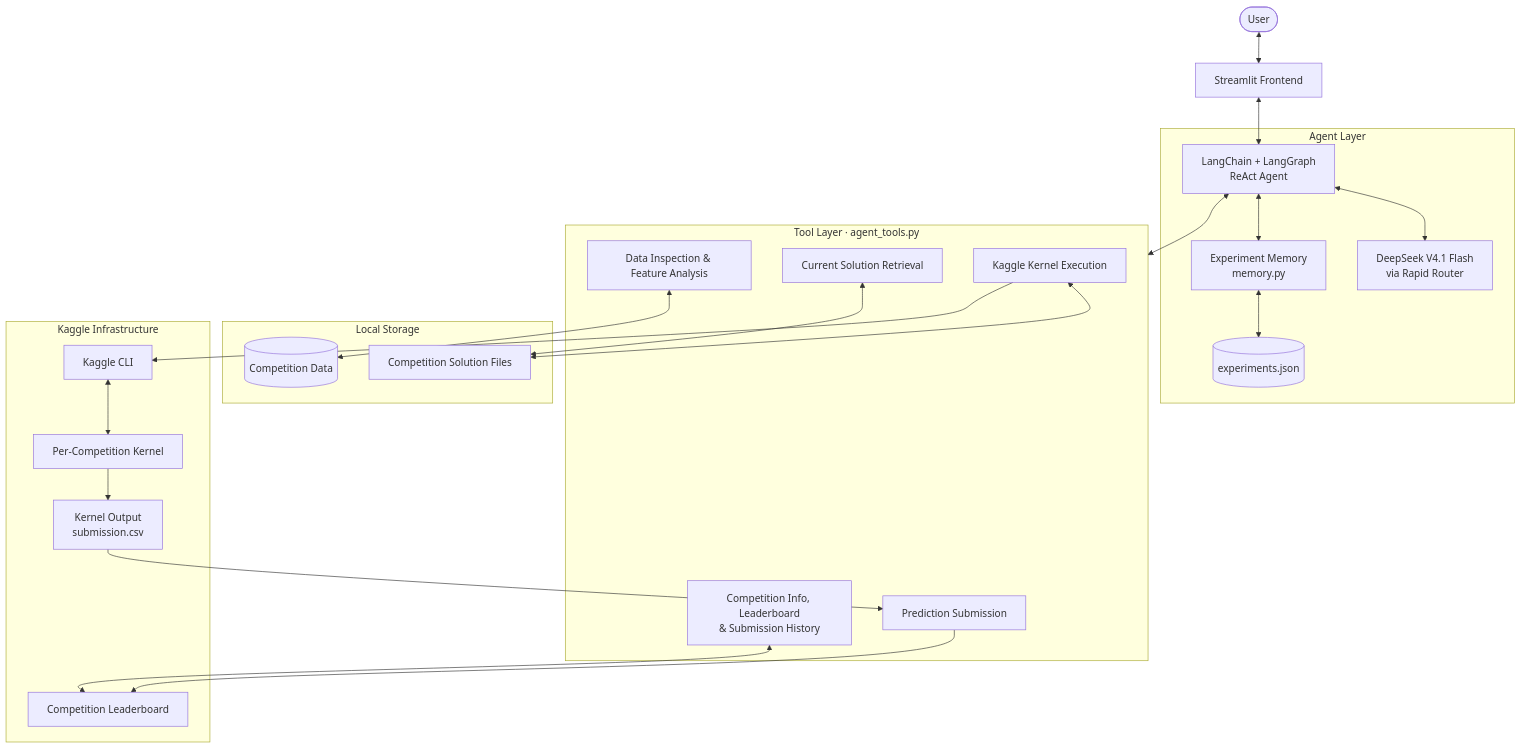
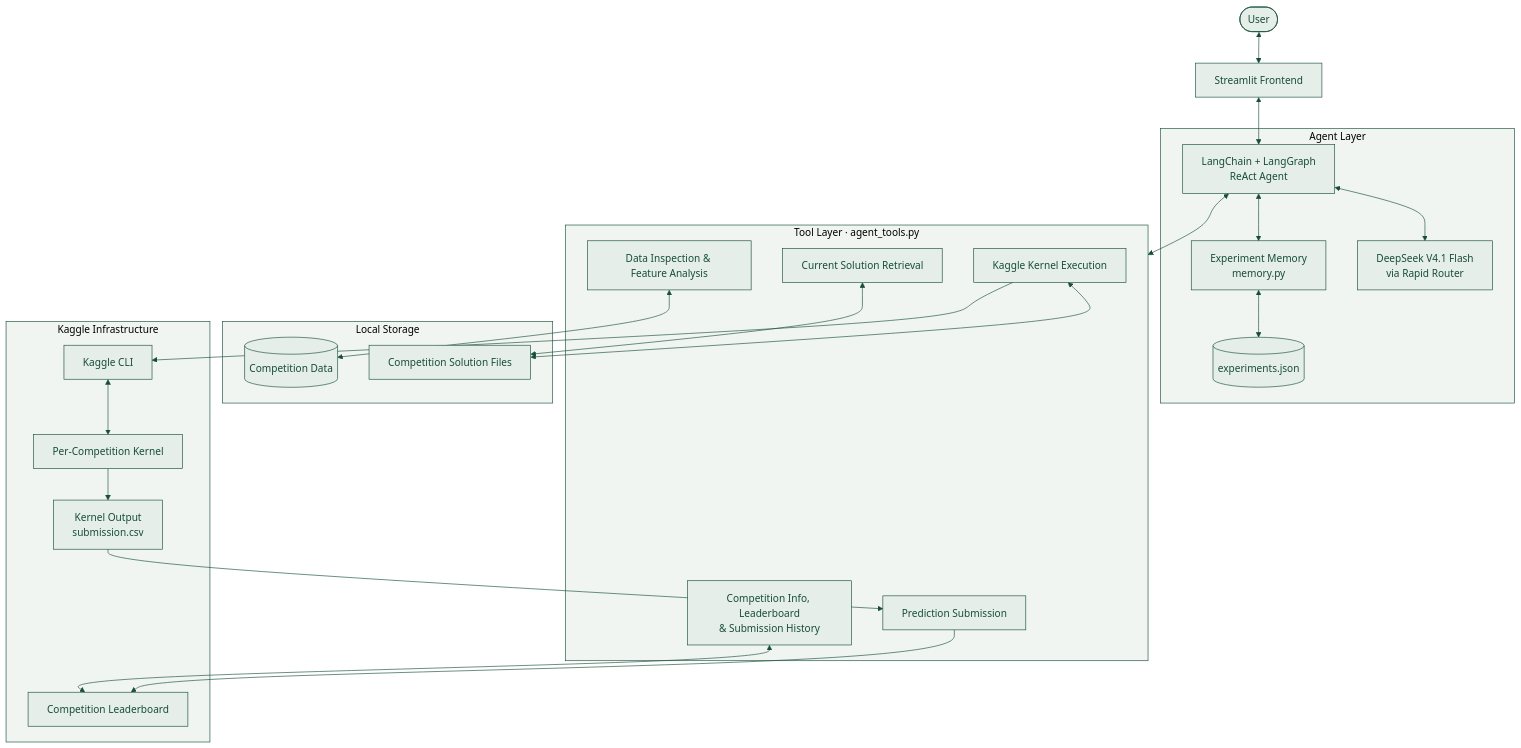
The diagram in README.md (RugvedBane/Kwest), drawn with Mermaid before and after one commit.

Commit message:
Enhance README with architecture diagram
Added mermaid diagram to illustrate the tool-calling agent architecture.

````diff
--- a/README.md
+++ b/README.md
@@ -46,49 +46,61 @@
 ```mermaid
+%%{init: {'theme': 'base', 'themeVariables': {
+  'background': '#F7F9F5',
+  'primaryColor': '#E5EEE8',
+  'primaryTextColor': '#174D38',
+  'primaryBorderColor': '#174D38',
+  'lineColor': '#174D38',
+  'secondaryColor': '#EEF3EF',
+  'tertiaryColor': '#FFFFFF',
+  'clusterBkg': '#F0F5F1',
+  'clusterBorder': '#174D38',
+  'edgeLabelBackground': '#F7F9F5'
+}}}%%
 flowchart TD
     U(["User"]) <--> UI["Streamlit Frontend"]
 
     subgraph AGENT["Agent Layer"]
         A["LangChain + LangGraph<br/>ReAct Agent"]
         LLM["DeepSeek V4.1 Flash<br/>via Rapid Router"]
         MEM["Experiment Memory<br/>memory.py"]
         DB[("experiments.json")]
 
         A <--> LLM
         A <--> MEM
         MEM <--> DB
     end
 
     UI <--> A
 
     subgraph TOOLS["Tool Layer · agent_tools.py"]
         T1["Data Inspection & Feature Analysis"]
         T2["Competition Info, Leaderboard<br/>& Submission History"]
         T3["Current Solution Retrieval"]
         T4["Kaggle Kernel Execution"]
         T5["Prediction Submission"]
     end
 
     A <--> TOOLS
 
     subgraph LOCAL["Local Storage"]
         DATA[("Competition Data")]
         SOL["Competition Solution Files"]
     end
 
     subgraph KAGGLE["Kaggle Infrastructure"]
         API["Kaggle CLI"]
         KERNEL["Per-Competition Kernel"]
         OUTPUT["Kernel Output<br/>submission.csv"]
         BOARD["Competition Leaderboard"]
     end
 
     T1 <--> DATA
     T2 <--> BOARD
     T3 <--> SOL
     T4 <--> SOL
     T4 --> API
     API <--> KERNEL
     KERNEL --> OUTPUT
     OUTPUT --> T5
     T5 --> BOARD
 ```
````
